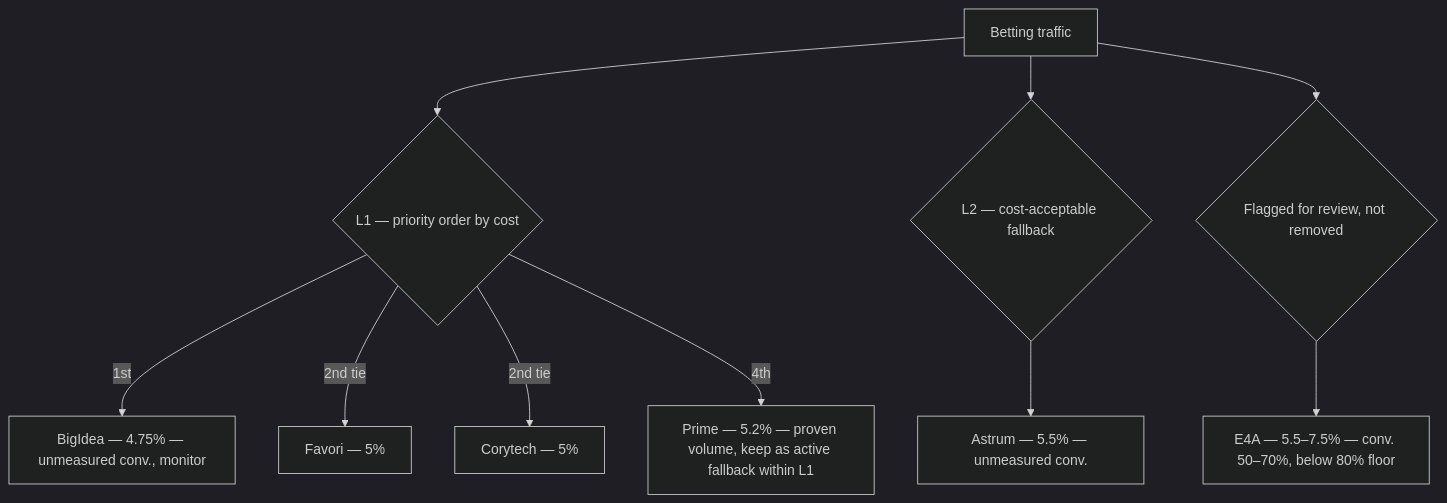
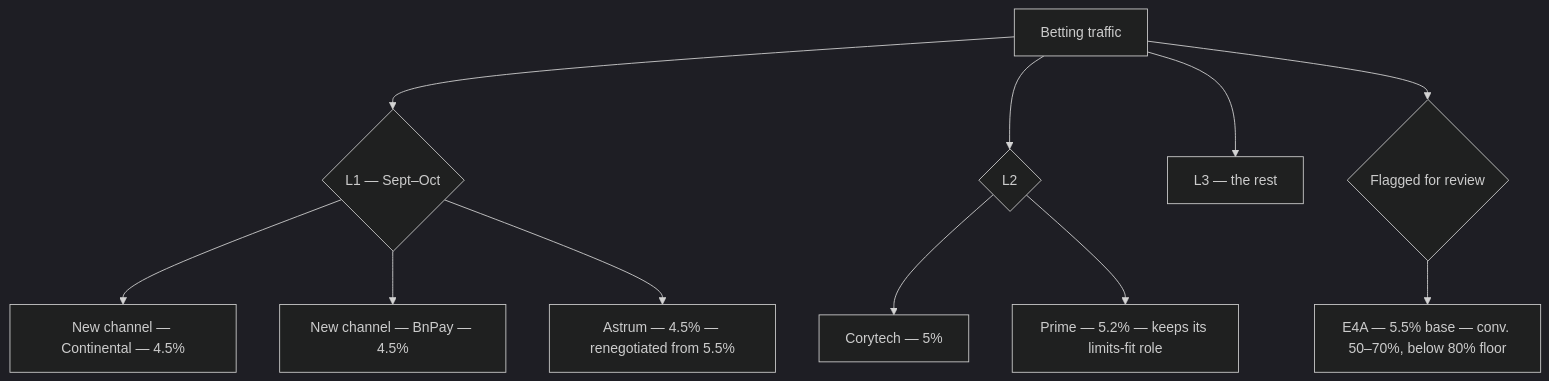
One commit to JoJ-se/incas-geo-expansion-pack changed the second of 9 diagrams in docs/payment_cascades.md. Above: the diagram before and after it, drawn with Mermaid (dark theme). The commit also changed other lines of this file and 8 other files, not shown here.

First line of the commit message:
Add August vs Sept-Oct comparisons: Turkey cascade rebuild, China payout/payin growth plan

````diff
--- a/docs/payment_cascades.md
+++ b/docs/payment_cascades.md
@@ -34,12 +37,13 @@
 ```mermaid
 flowchart TD
-    A[Betting traffic] --> L1{"L1 — priority order by cost"}
-    L1 -->|1st| BigIdea["BigIdea — 4.75% — unmeasured conv., monitor"]
-    L1 -->|2nd tie| Favori["Favori — 5%"]
-    L1 -->|2nd tie| Corytech["Corytech — 5%"]
-    L1 -->|4th| Prime["Prime — 5.2% — proven volume, keep as active fallback within L1"]
-    A --> L2{"L2 — cost-acceptable fallback"}
-    L2 --> Astrum["Astrum — 5.5% — unmeasured conv."]
-    A --> Review{"Flagged for review, not removed"}
-    Review --> E4A["E4A — 5.5–7.5% — conv. 50–70%, below 80% floor"]
+    A[Betting traffic] --> L1{"L1 — Sept–Oct"}
+    L1 --> Continental["New channel — Continental — 4.5%"]
+    L1 --> BnPay["New channel — BnPay — 4.5%"]
+    L1 --> Astrum["Astrum — 4.5% — renegotiated from 5.5%"]
+    A --> L2{"L2"}
+    L2 --> Corytech["Corytech — 5%"]
+    L2 --> Prime["Prime — 5.2% — keeps its limits-fit role"]
+    A --> L3["L3 — the rest"]
+    A --> Review{"Flagged for review"}
+    Review --> E4A["E4A — 5.5% base — conv. 50–70%, below 80% floor"]
 ```
````
